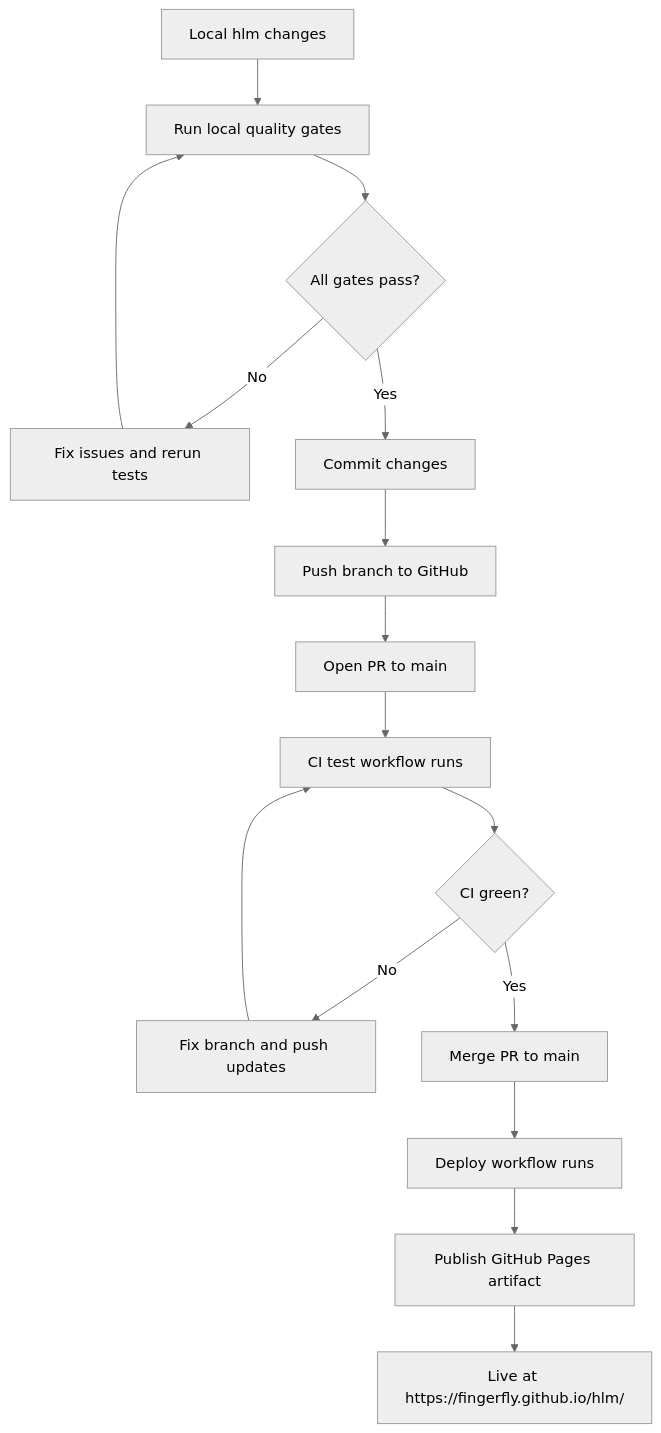
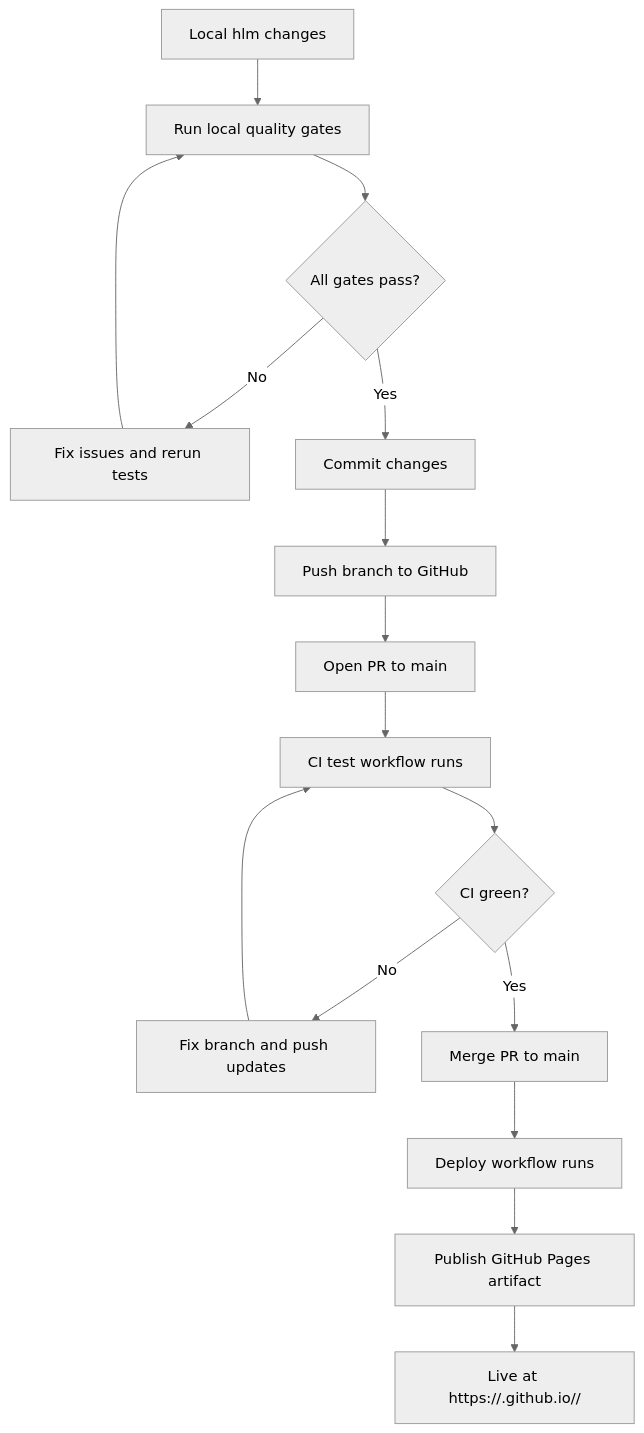
One commit to fingerfly/hlm changed the second of 5 diagrams in DEPLOY_TO_GITHUB_MERMAID.md. Above: the diagram before and after it, drawn with Mermaid (neutral theme). The commit also changed other lines of this file and 9 other files, not shown here.

````diff
--- a/DEPLOY_TO_GITHUB_MERMAID.md
+++ b/DEPLOY_TO_GITHUB_MERMAID.md
@@ -20,18 +20,18 @@
 ```mermaid
 flowchart TD
   A[Local hlm changes] --> B[Run local quality gates]
   B --> C{All gates pass?}
   C -- No --> B1[Fix issues and rerun tests]
   B1 --> B
   C -- Yes --> D[Commit changes]
   D --> E[Push branch to GitHub]
   E --> F[Open PR to main]
   F --> G[CI test workflow runs]
   G --> H{CI green?}
   H -- No --> I[Fix branch and push updates]
   I --> G
   H -- Yes --> J[Merge PR to main]
   J --> K[Deploy workflow runs]
   K --> L[Publish GitHub Pages artifact]
-  L --> M[Live at https://fingerfly.github.io/hlm/]
+  L --> M[Live at https://<owner>.github.io/<repo>/]
 ```
````
